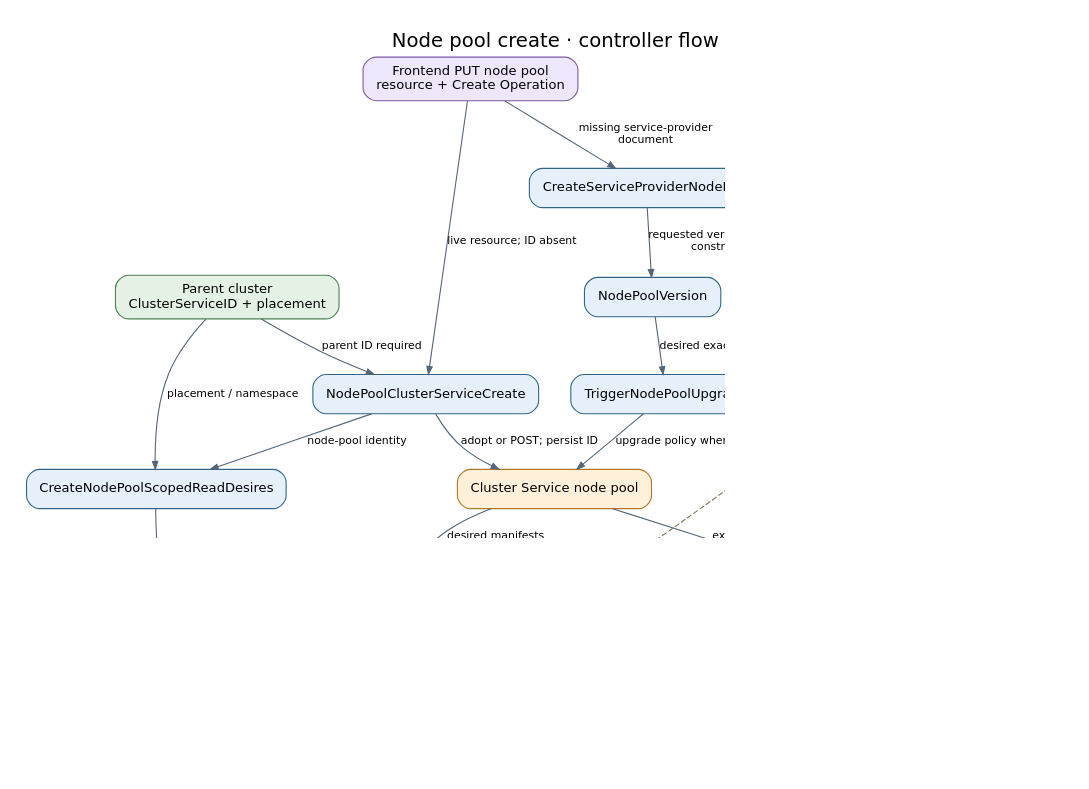
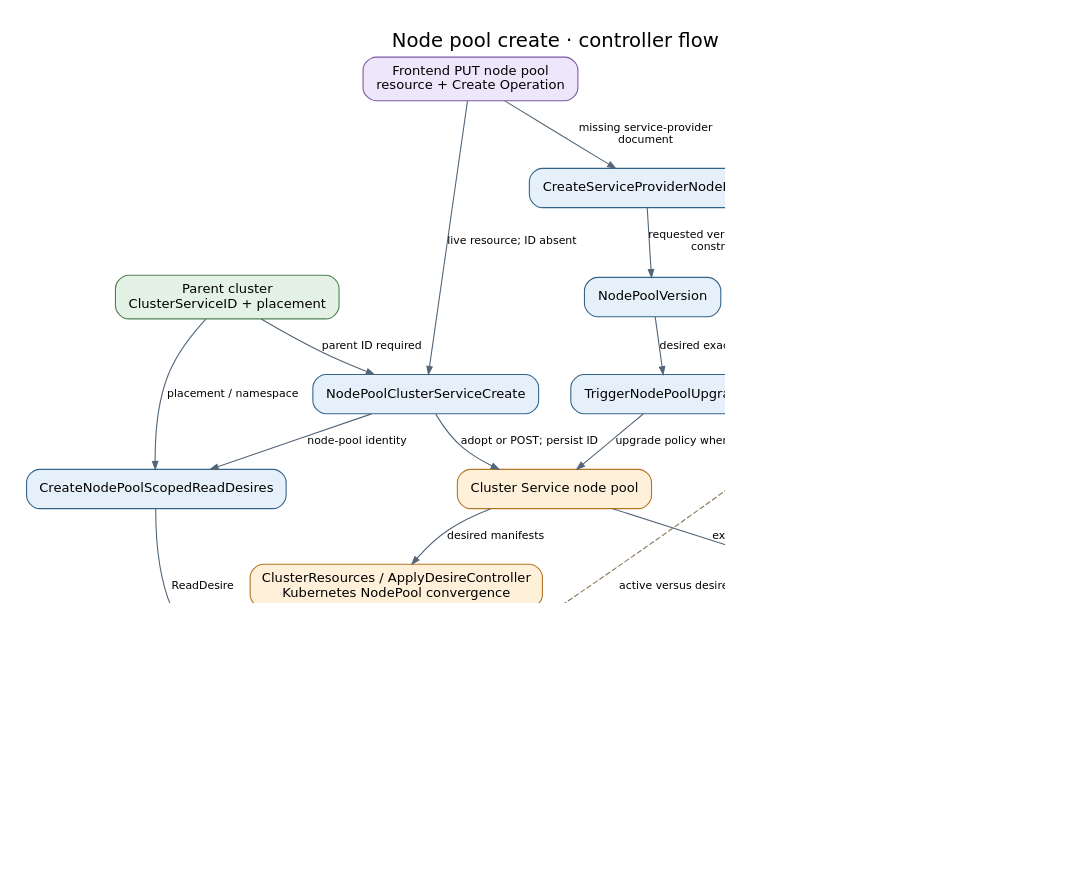
One commit to Azure/ARO-HCP changed the diagram in docs/diagrams/controller-flows/nodepool-create.dot. Above: the diagram before and after it, drawn with Graphviz. The commit also changed 17 other files, not shown here.

Commit message:
docs: refresh controller flows after rebasing on main

```diff
--- a/docs/diagrams/controller-flows/nodepool-create.dot
+++ b/docs/diagrams/controller-flows/nodepool-create.dot
@@ -1,35 +1,37 @@
 digraph nodepool_create {
   graph [rankdir=TB, bgcolor="white", pad="0.3", nodesep="0.4", ranksep="0.55", fontname="DejaVu Sans", fontsize=18, labelloc=t, label="Node pool create · controller flow", dpi=110];
   node [shape=box, style="rounded,filled", fillcolor="#e6f0fa", color="#35648a", fontname="DejaVu Sans", fontsize=12, margin="0.16,0.10"];
   edge [color="#536577", fontname="DejaVu Sans", fontsize=10, arrowsize=0.7];
   api [label="Frontend PUT node pool\nresource + Create Operation", fillcolor="#eee7fb", color="#7b59a4"];
   parent [label="Parent cluster\nClusterServiceID + placement", fillcolor="#e4f2e5", color="#4c8053"];
   create [label="NodePoolClusterServiceCreate", fillcolor="#e6f0fa", color="#35648a"];
   sp [label="CreateServiceProviderNodePool", fillcolor="#e6f0fa", color="#35648a"];
   version [label="NodePoolVersion", fillcolor="#e6f0fa", color="#35648a"];
   upgrade [label="TriggerNodePoolUpgrade", fillcolor="#e6f0fa", color="#35648a"];
   cs [label="Cluster Service node pool", fillcolor="#fff0da", color="#b27624"];
   resources [label="ClusterResources / ApplyDesireController\nKubernetes NodePool convergence", fillcolor="#fff0da", color="#b27624"];
   read [label="CreateNodePoolScopedReadDesires", fillcolor="#e6f0fa", color="#35648a"];
   mirror [label="ReadDesireKubernetesController", fillcolor="#e6f0fa", color="#35648a"];
   active [label="NodePoolActiveVersions", fillcolor="#e6f0fa", color="#35648a"];
   op [label="OperationNodePoolCreate", fillcolor="#e6f0fa", color="#35648a"];
   done [label="ARM operation terminal state", fillcolor="#e4f2e5", color="#4c8053"];
   api -> create [label="live resource; ID absent"];
   parent -> create [label="parent ID required"];
   api -> sp [label="missing service-provider\ndocument"];
   sp -> version [label="requested version / cluster\nconstraints"];
   version -> upgrade [label="desired exact version"];
   create -> cs [label="adopt or POST; persist ID"];
   upgrade -> cs [label="upgrade policy when needed"];
   cs -> resources [label="desired manifests"];
   parent -> read [label="placement / namespace"];
   create -> read [label="node-pool identity"];
   resources -> mirror [label="observed NodePool"];
   read -> mirror [label="ReadDesire"];
   mirror -> active [label="observed version"];
   cs -> op [label="external state"];
   op -> done [label="complete or fail"];
+  observed [label="Customer resource Status.ActiveVersions\nfull OCP versions", fillcolor="#e4f2e5", color="#4c8053"];
+  active -> observed [label="separate Cosmos replace"];
   active -> upgrade [label="active versus desired", style=dashed, color="#857456", constraint=false];
   op -> op [label="pending: poll again", style=dashed, color="#857456", constraint=false];
 }
```
